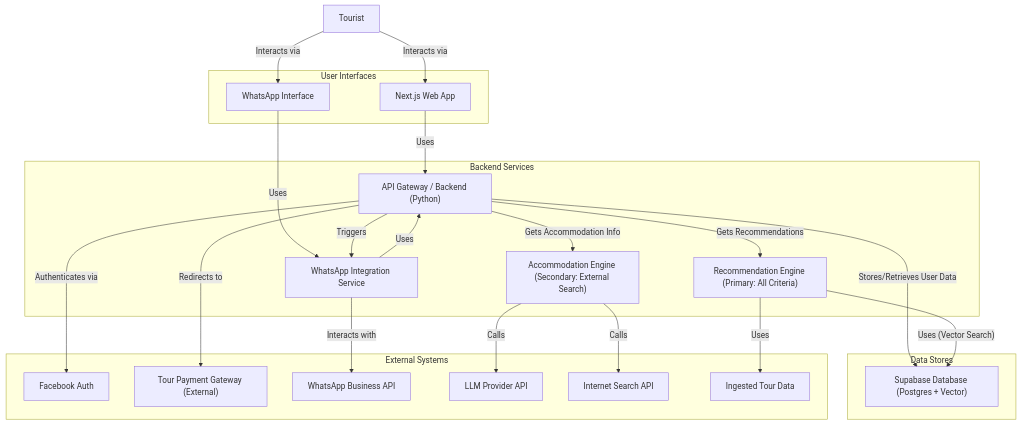
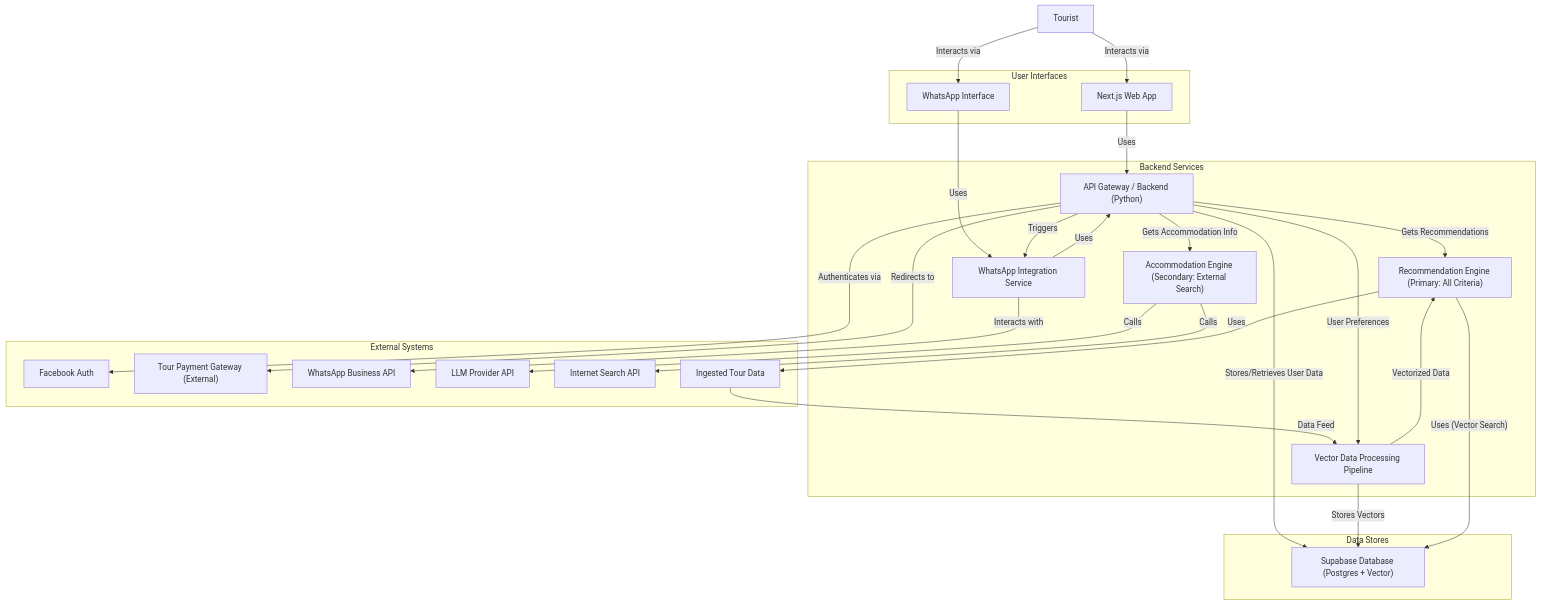
The first of 5 diagrams in docs/technical_solution.md (talentedgeai/hackathon-travel-buddy), drawn with Mermaid before and after one commit. The commit also changed other lines of this file and 1 other file, not shown here.

````diff
--- a/docs/technical_solution.md
+++ b/docs/technical_solution.md
@@ -50,50 +51,56 @@
 ```mermaid
 graph TD
     subgraph "User Interfaces"
         UI_App[Next.js Web App]
         UI_WhatsApp[WhatsApp Interface]
     end
 
     subgraph "Backend Services"
         API["API Gateway / Backend (Python)"]
         RecEngine["Recommendation Engine (Primary: All Criteria)"]
         AccEngine["Accommodation Engine (Secondary: External Search)"]
         WhatsAppService["WhatsApp Integration Service"]
+        VectorProc["Vector Data Processing Pipeline"]
     end
 
     subgraph "Data Stores"
         DB["Supabase Database (Postgres + Vector)"]
     end
 
     subgraph "External Systems"
         Auth[Facebook Auth]
         Payment["Tour Payment Gateway (External)"]
         WhatsAppAPI["WhatsApp Business API"]
         LLMProvider[LLM Provider API]
         SearchProvider[Internet Search API]
         TourProviderData[Tour Provider Data Sources]
     end
 
     User[Tourist] -- Interacts via --> UI_App
     User -- Interacts via --> UI_WhatsApp
 
     UI_App -- Uses --> API
     UI_WhatsApp -- Uses --> WhatsAppService
 
     API -- Authenticates via --> Auth
     API -- Stores/Retrieves User Data --> DB
     API -- Gets Recommendations --> RecEngine
     API -- Gets Accommodation Info --> AccEngine
     API -- Triggers --> WhatsAppService
 
     WhatsAppService -- Interacts with --> WhatsAppAPI
     WhatsAppService -- Uses --> API
 
+    TourProviderData -- Data Feed --> VectorProc
+    VectorProc -- Stores Vectors --> DB
+    API -- User Preferences --> VectorProc
+    VectorProc -- Vectorized Data --> RecEngine
+
     RecEngine -- "Uses (Vector Search)" --> DB
     RecEngine -- Uses --> TourProviderData[Ingested Tour Data]
 
     AccEngine -- Calls --> LLMProvider
     AccEngine -- Calls --> SearchProvider
 
     API -- Redirects to --> Payment
 ```
````
